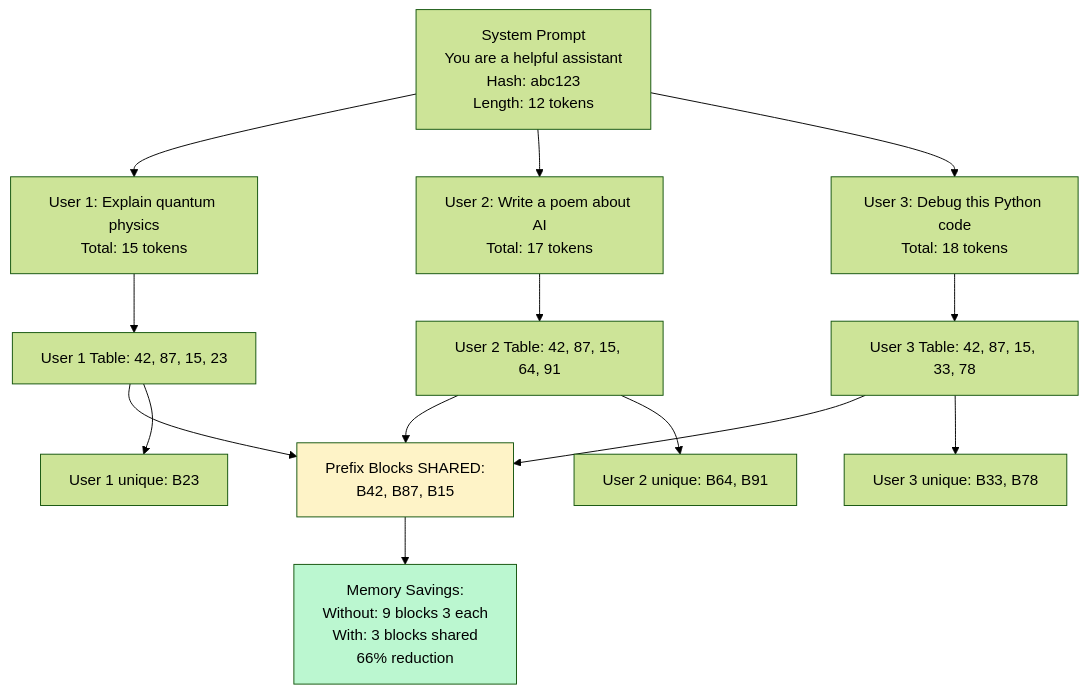
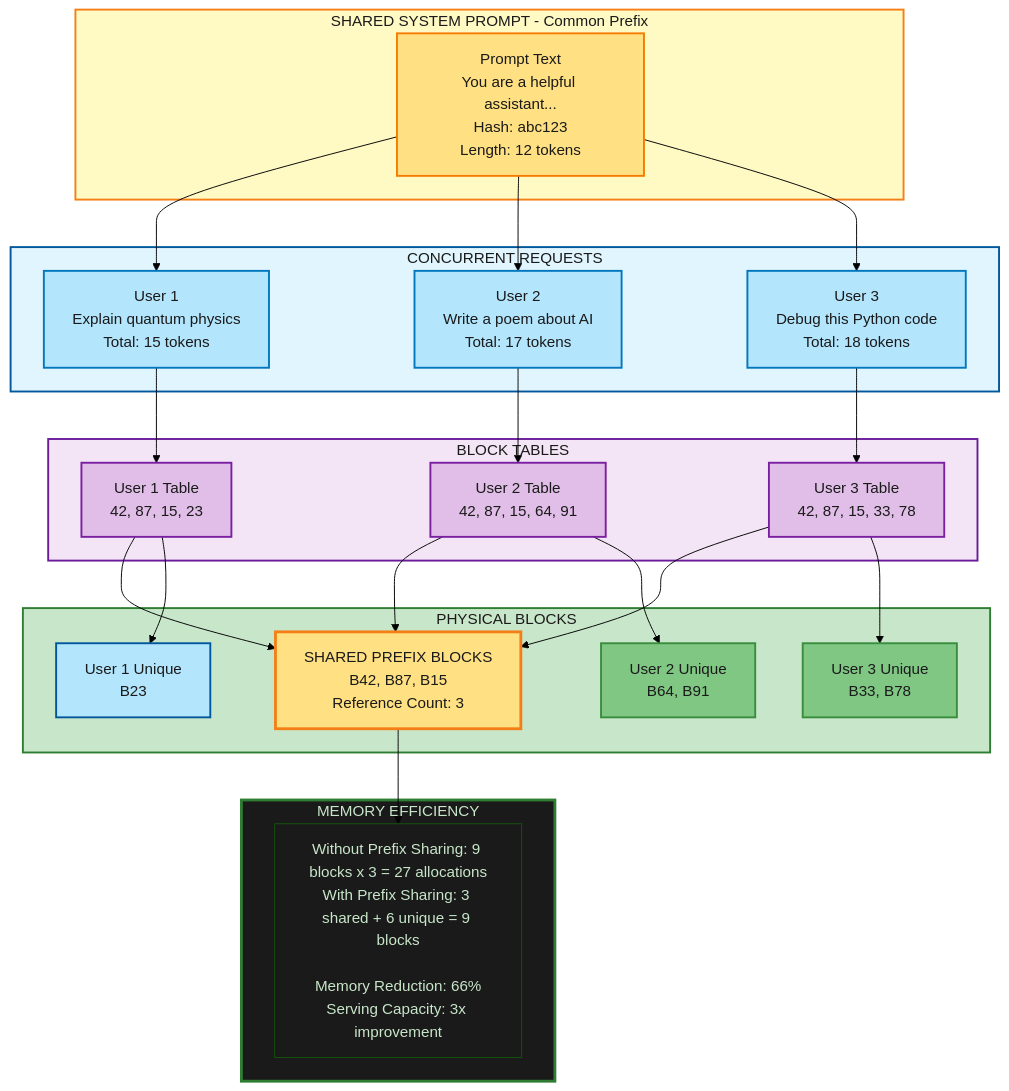
Before and after one commit to Shahriarin2garden/vllm_from_scratch: the ninth of 9 diagrams in lab0.3/README.md, drawn with Mermaid (forest theme). The commit also changed other lines of this file, not shown here.

Commit message:
Enhance Lab 0.3 README with detailed diagrams for KV cache operations, memory fragmentation, and performance metrics

````diff
--- a/lab0.3/README.md
+++ b/lab0.3/README.md
@@ -784,36 +890,61 @@
 ```mermaid
 graph TD
-    SP[System Prompt<br/>You are a helpful assistant<br/>Hash: abc123<br/>Length: 12 tokens]
+    subgraph SYSTEM["SHARED SYSTEM PROMPT - Common Prefix"]
+        SP["Prompt Text<br/>You are a helpful assistant...<br/>Hash: abc123<br/>Length: 12 tokens"]
+    end
     
-    UR1[User 1: Explain quantum physics<br/>Total: 15 tokens]
-    UR2[User 2: Write a poem about AI<br/>Total: 17 tokens]
-    UR3[User 3: Debug this Python code<br/>Total: 18 tokens]
+    subgraph USERS["CONCURRENT REQUESTS"]
+        UR1["User 1<br/>Explain quantum physics<br/>Total: 15 tokens"]
+        UR2["User 2<br/>Write a poem about AI<br/>Total: 17 tokens"]
+        UR3["User 3<br/>Debug this Python code<br/>Total: 18 tokens"]
+    end
     
-    BT1[User 1 Table: 42, 87, 15, 23]
-    BT2[User 2 Table: 42, 87, 15, 64, 91]
-    BT3[User 3 Table: 42, 87, 15, 33, 78]
+    subgraph TABLES["BLOCK TABLES"]
+        BT1["User 1 Table<br/>42, 87, 15, 23"]
+        BT2["User 2 Table<br/>42, 87, 15, 64, 91"]
+        BT3["User 3 Table<br/>42, 87, 15, 33, 78"]
+    end
     
-    P1[Prefix Blocks SHARED:<br/>B42, B87, B15]
-    P2[User 1 unique: B23]
-    P3[User 2 unique: B64, B91]
-    P4[User 3 unique: B33, B78]
+    subgraph BLOCKS["PHYSICAL BLOCKS"]
+        P1["SHARED PREFIX BLOCKS<br/>B42, B87, B15<br/>Reference Count: 3"]
+        P2["User 1 Unique<br/>B23"]
+        P3["User 2 Unique<br/>B64, B91"]
+        P4["User 3 Unique<br/>B33, B78"]
+    end
     
-    Metrics[Memory Savings:<br/>Without: 9 blocks 3 each<br/>With: 3 blocks shared<br/>66% reduction]
+    subgraph SAVINGS["MEMORY EFFICIENCY"]
+        MEM["Without Prefix Sharing: 9 blocks x 3 = 27 allocations<br/>With Prefix Sharing: 3 shared + 6 unique = 9 blocks<br/><br/>Memory Reduction: 66%<br/>Serving Capacity: 3x improvement"]
+    end
     
     SP --> UR1
     SP --> UR2
     SP --> UR3
     UR1 --> BT1
     UR2 --> BT2
     UR3 --> BT3
     BT1 --> P1
     BT2 --> P1
     BT3 --> P1
     BT1 --> P2
     BT2 --> P3
     BT3 --> P4
-    P1 --> Metrics
+    P1 --> MEM
     
-    style P1 fill:#fef3c7
-    style Metrics fill:#bbf7d0
+    style SYSTEM fill:#fff9c4,stroke:#f57f17,stroke-width:2px,color:#1a1a1a
+    style SP fill:#ffe082,stroke:#f57c00,stroke-width:2px,color:#1a1a1a
+    style USERS fill:#e1f5fe,stroke:#01579b,stroke-width:2px,color:#1a1a1a
+    style UR1 fill:#b3e5fc,stroke:#0277bd,stroke-width:2px,color:#1a1a1a
+    style UR2 fill:#b3e5fc,stroke:#0277bd,stroke-width:2px,color:#1a1a1a
+    style UR3 fill:#b3e5fc,stroke:#0277bd,stroke-width:2px,color:#1a1a1a
+    style TABLES fill:#f3e5f5,stroke:#6a1b9a,stroke-width:2px,color:#1a1a1a
+    style BT1 fill:#e1bee7,stroke:#7b1fa2,stroke-width:2px,color:#1a1a1a
+    style BT2 fill:#e1bee7,stroke:#7b1fa2,stroke-width:2px,color:#1a1a1a
+    style BT3 fill:#e1bee7,stroke:#7b1fa2,stroke-width:2px,color:#1a1a1a
+    style BLOCKS fill:#c8e6c9,stroke:#2e7d32,stroke-width:2px,color:#1a1a1a
+    style P1 fill:#ffe082,stroke:#f57f17,stroke-width:3px,color:#1a1a1a
+    style P2 fill:#b3e5fc,stroke:#01579b,stroke-width:2px,color:#1a1a1a
+    style P3 fill:#81c784,stroke:#388e3c,stroke-width:2px,color:#1a1a1a
+    style P4 fill:#81c784,stroke:#388e3c,stroke-width:2px,color:#1a1a1a
+    style SAVINGS fill:#1a1a1a,color:#c8e6c9,stroke:#2e7d32,stroke-width:3px
+    style MEM fill:#1a1a1a,color:#c8e6c9
 ```
````
